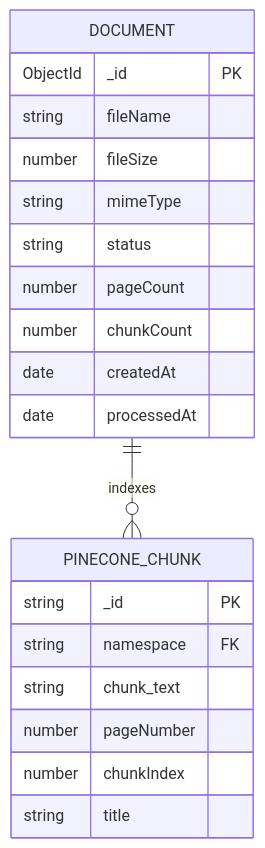
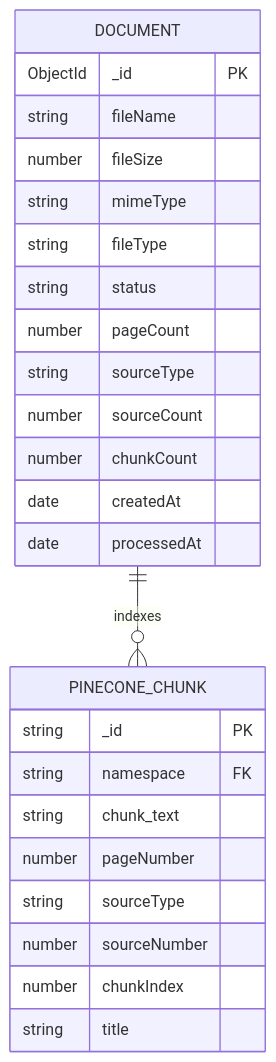
One commit to updymalikally/-rag-chat-pdf- changed the diagram in DATABASE.md. Above: the diagram before and after it, drawn with Mermaid. The commit also changed other lines of this file and 30 other files, not shown here.

````diff
--- a/DATABASE.md
+++ b/DATABASE.md
@@ -44,23 +49,28 @@
 ```mermaid
 erDiagram
   DOCUMENT ||--o{ PINECONE_CHUNK : indexes
   DOCUMENT {
     ObjectId _id PK
     string fileName
     number fileSize
     string mimeType
+    string fileType
     string status
     number pageCount
+    string sourceType
+    number sourceCount
     number chunkCount
     date createdAt
     date processedAt
   }
   PINECONE_CHUNK {
     string _id PK
     string namespace FK
     string chunk_text
     number pageNumber
+    string sourceType
+    number sourceNumber
     number chunkIndex
     string title
   }
 ```
````
